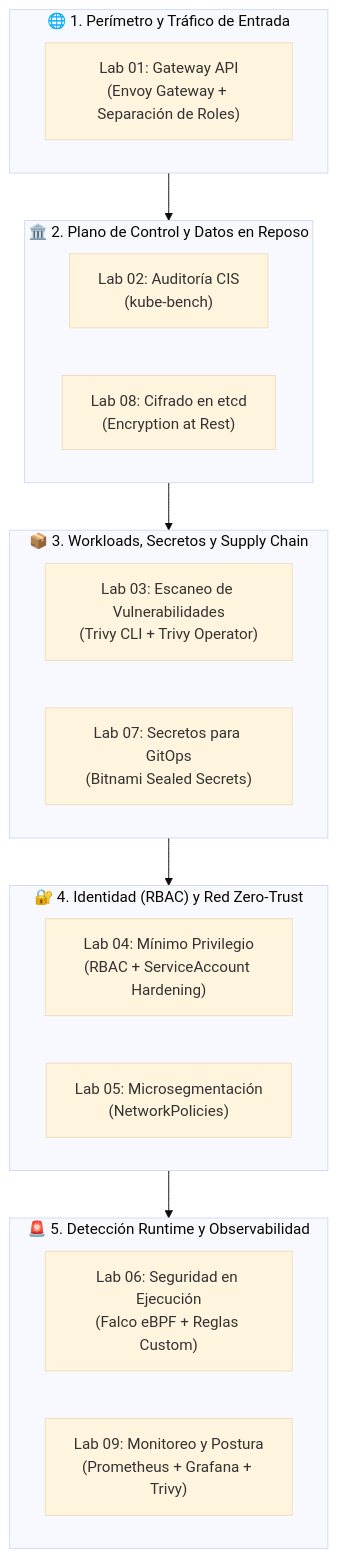
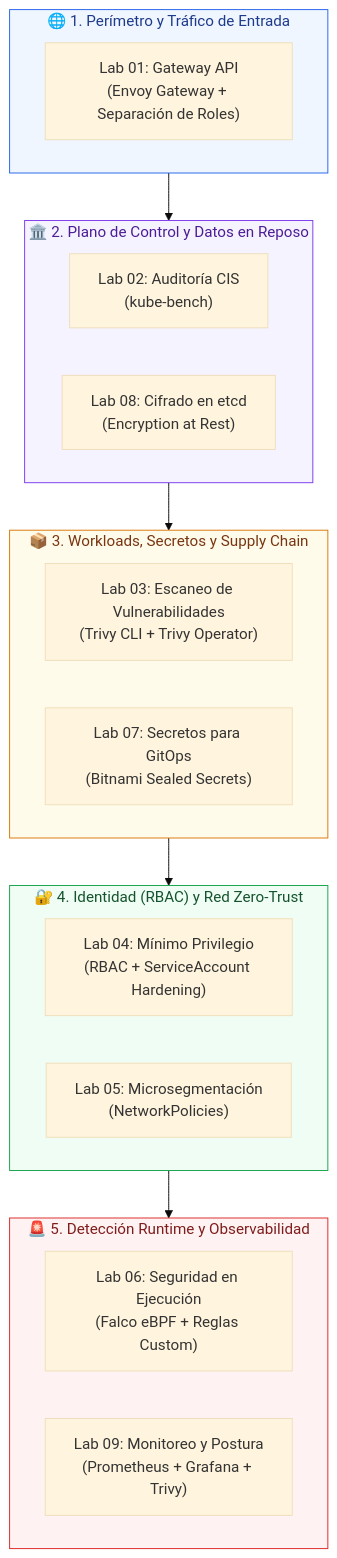
One commit to edwinbermudez91/blindando-kubernetes changed the diagram in README.md. Above: the diagram before and after it, drawn with Mermaid (base theme). The commit also changed other lines of this file and 10 other files, not shown here.

````diff
--- a/README.md
+++ b/README.md
@@ -21,28 +21,34 @@
 ```mermaid
 flowchart TD
     subgraph Edge["🌐 1. Perímetro y Tráfico de Entrada"]
-        M1["Lab 01: Gateway API\n(Envoy Gateway + Separación de Roles)"]
+        M1["Lab 01: Gateway API<br/>(Envoy Gateway + Separación de Roles)"]
     end
 
     subgraph ControlPlane["🏛️ 2. Plano de Control y Datos en Reposo"]
-        M2["Lab 02: Auditoría CIS\n(kube-bench)"]
-        M8["Lab 08: Cifrado en etcd\n(Encryption at Rest)"]
+        M2["Lab 02: Auditoría CIS<br/>(kube-bench)"]
+        M8["Lab 08: Cifrado en etcd<br/>(Encryption at Rest)"]
     end
 
     subgraph Workloads["📦 3. Workloads, Secretos y Supply Chain"]
-        M3["Lab 03: Escaneo de Vulnerabilidades\n(Trivy CLI + Trivy Operator)"]
-        M7["Lab 07: Secretos para GitOps\n(Bitnami Sealed Secrets)"]
+        M3["Lab 03: Escaneo de Vulnerabilidades<br/>(Trivy CLI + Trivy Operator)"]
+        M7["Lab 07: Secretos para GitOps<br/>(Bitnami Sealed Secrets)"]
     end
 
     subgraph ZeroTrust["🔐 4. Identidad (RBAC) y Red Zero-Trust"]
-        M4["Lab 04: Mínimo Privilegio\n(RBAC + ServiceAccount Hardening)"]
-        M5["Lab 05: Microsegmentación\n(NetworkPolicies)"]
+        M4["Lab 04: Mínimo Privilegio<br/>(RBAC + ServiceAccount Hardening)"]
+        M5["Lab 05: Microsegmentación<br/>(NetworkPolicies)"]
     end
 
     subgraph Runtime["🚨 5. Detección Runtime y Observabilidad"]
-        M6["Lab 06: Seguridad en Ejecución\n(Falco eBPF + Reglas Custom)"]
-        M9["Lab 09: Monitoreo y Postura\n(Prometheus + Grafana + Trivy)"]
+        M6["Lab 06: Seguridad en Ejecución<br/>(Falco eBPF + Reglas Custom)"]
+        M9["Lab 09: Monitoreo y Postura<br/>(Prometheus + Grafana + Trivy)"]
     end
 
     Edge --> ControlPlane --> Workloads --> ZeroTrust --> Runtime
+
+    style Edge fill:#eff6ff,stroke:#2563eb,color:#1e3a8a
+    style ControlPlane fill:#f5f3ff,stroke:#7c3aed,color:#4c1d95
+    style Workloads fill:#fffbeb,stroke:#d97706,color:#78350f
+    style ZeroTrust fill:#f0fdf4,stroke:#16a34a,color:#14532d
+    style Runtime fill:#fef2f2,stroke:#dc2626,color:#7f1d1d
 ```
````
